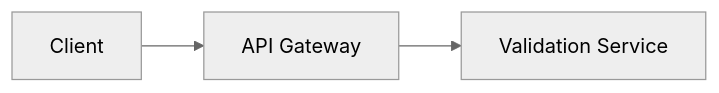
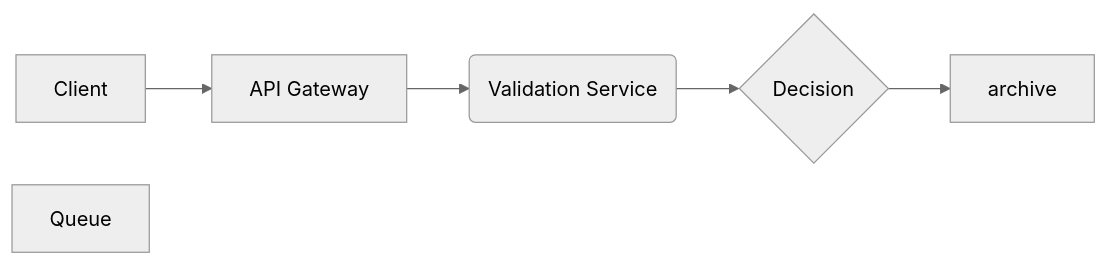
Before and after one commit to h-4vok/diagram-tours: the second of 3 diagrams in docs/tour-spec-v1.md, drawn with Mermaid (neutral theme). The commit also changed other lines of this file and 12 other files, not shown here.

First line of the commit message:
feat(player): expand flowchart focus support

````diff
--- a/docs/tour-spec-v1.md
+++ b/docs/tour-spec-v1.md
@@ -265,5 +270,8 @@
 ```mermaid
 flowchart LR
   client[Client] --> api_gateway[API Gateway]
-  api_gateway --> validation_service[Validation Service]
+  api_gateway --> validation_service(Validation Service)
+  validation_service --> decision{Decision}
+  decision --> archive
+  queue@{ shape: rect, label: "Queue" }
 ```
````
